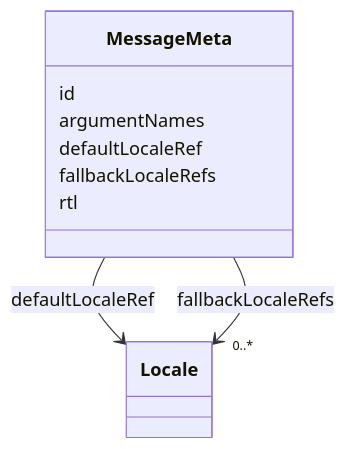
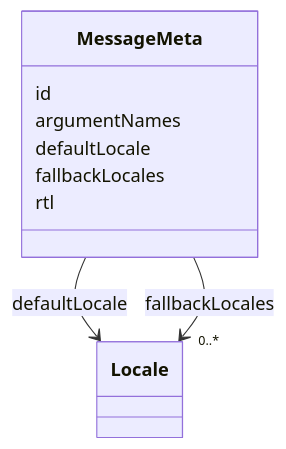
One commit to openuji/spec-ujg changed the second of 4 diagrams in specs/ed/modules/l10n/index.md. Above: the diagram before and after it, drawn with Mermaid. The commit also changed other lines of this file and 370 other files, not shown here.

````diff
--- a/specs/ed/modules/l10n/index.md
+++ b/specs/ed/modules/l10n/index.md
@@ -45,13 +41,13 @@
 ```mermaid
 classDiagram
   class Locale
   class MessageMeta {
     id
     argumentNames
-    defaultLocaleRef
-    fallbackLocaleRefs
+    defaultLocale
+    fallbackLocales
     rtl
   }
-  MessageMeta --> Locale : defaultLocaleRef
-  MessageMeta --> "0..*" Locale : fallbackLocaleRefs
+  MessageMeta --> Locale : defaultLocale
+  MessageMeta --> "0..*" Locale : fallbackLocales
 ```
````
